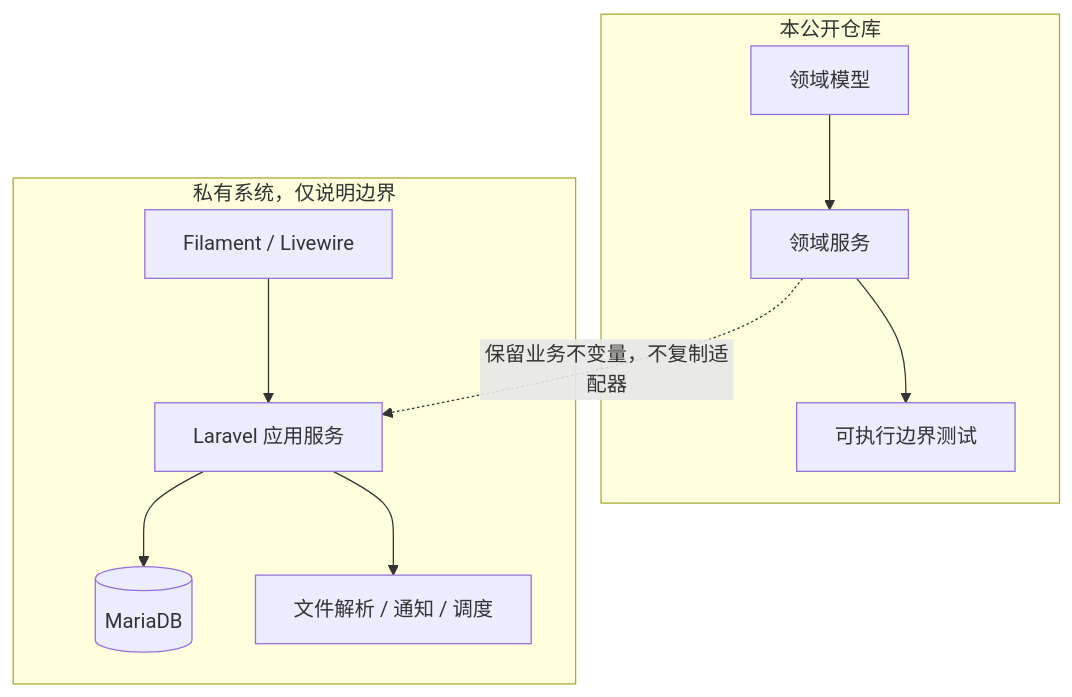
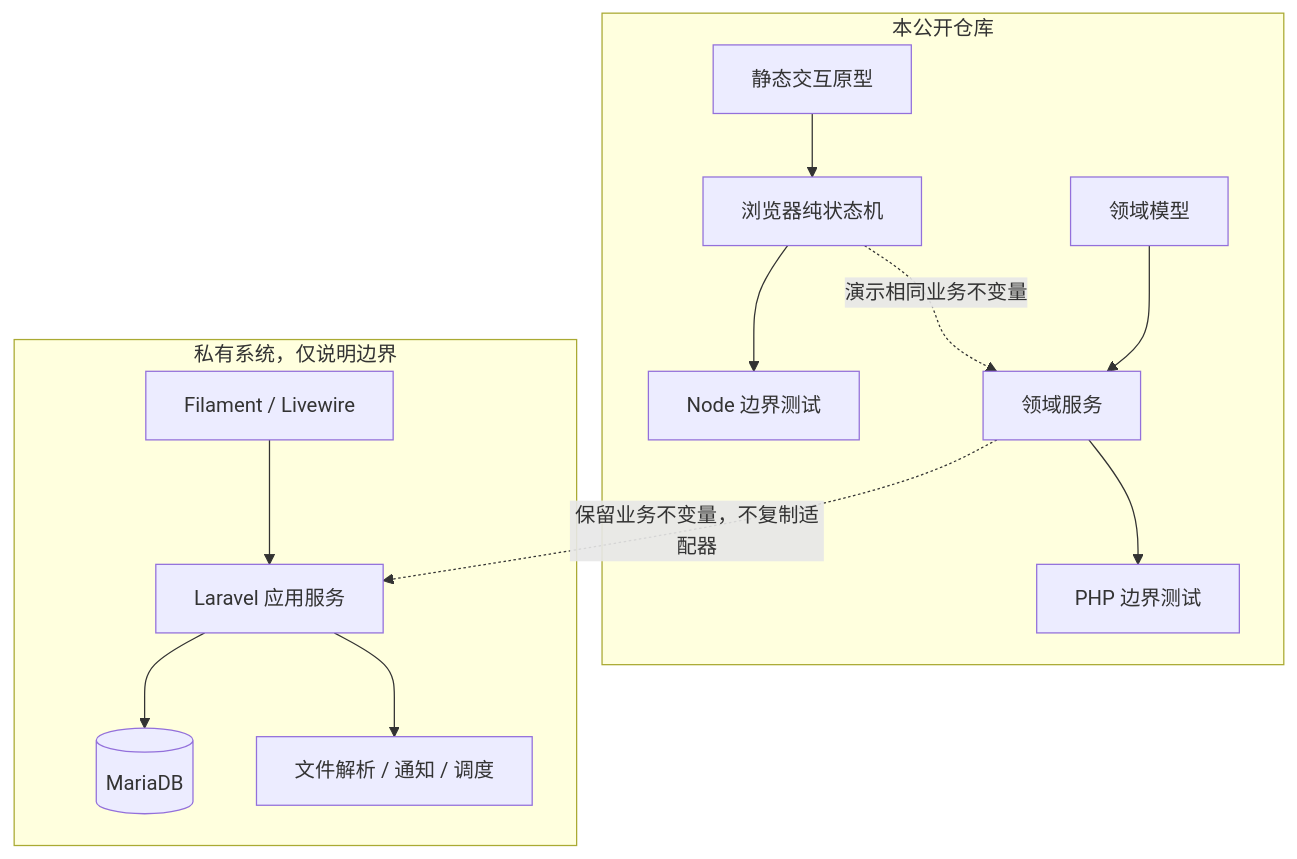
Before and after one commit to MrPerfume/measurement-portfolio: the diagram in docs/ARCHITECTURE.md, drawn with Mermaid. The commit also changed other lines of this file and 21 other files, not shown here.

````diff
--- a/docs/ARCHITECTURE.md
+++ b/docs/ARCHITECTURE.md
@@ -7,20 +7,25 @@
 ```mermaid
 flowchart TB
     subgraph Public[本公开仓库]
+        P[静态交互原型]
+        J[浏览器纯状态机]
+        JT[Node 边界测试]
         M[领域模型]
         S[领域服务]
-        T[可执行边界测试]
+        T[PHP 边界测试]
+        P --> J --> JT
         M --> S --> T
+        J -.演示相同业务不变量.-> S
     end
 
     subgraph Private[私有系统，仅说明边界]
         UI[Filament / Livewire]
         APP[Laravel 应用服务]
         DB[(MariaDB)]
         EXT[文件解析 / 通知 / 调度]
         UI --> APP --> DB
         APP --> EXT
     end
 
     S -.保留业务不变量，不复制适配器.-> APP
 ```
````
